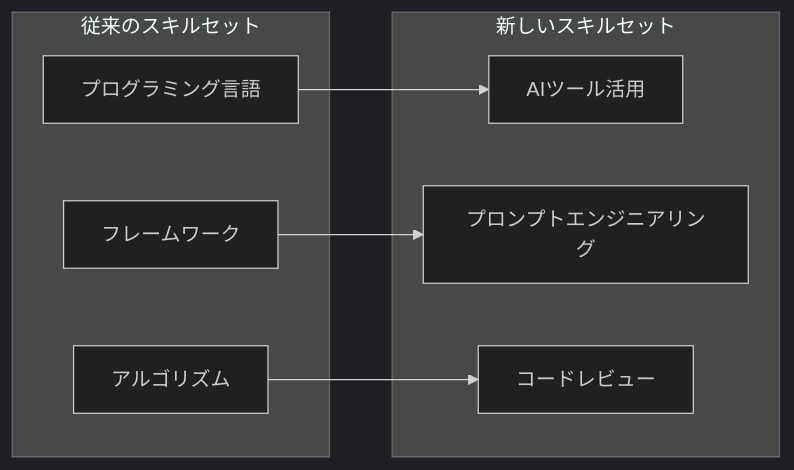
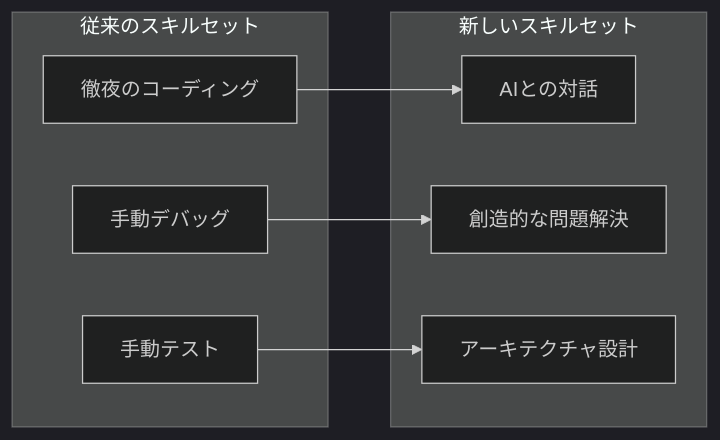
The third of 5 diagrams in book/pages/実際の現場で起きている変化.md (cyber-freaks-jp/AI_Driven_Development_Course), drawn with Mermaid (dark theme) before and after one commit. The commit also changed other lines of this file and 1 other file, not shown here.

````diff
--- a/book/pages/実際の現場で起きている変化.md
+++ b/book/pages/実際の現場で起きている変化.md
@@ -116,16 +120,16 @@
 ```mermaid
 graph LR
     subgraph 従来のスキルセット
-        A[プログラミング言語]
-        B[フレームワーク]
-        C[アルゴリズム]
+        A[徹夜のコーディング]
+        B[手動デバッグ]
+        C[手動テスト]
     end
     subgraph 新しいスキルセット
-        D[AIツール活用]
-        E[プロンプトエンジニアリング]
-        F[コードレビュー]
+        D[AIとの対話]
+        E[創造的な問題解決]
+        F[アーキテクチャ設計]
     end
     A --> D
     B --> E
     C --> F
 ```
````
